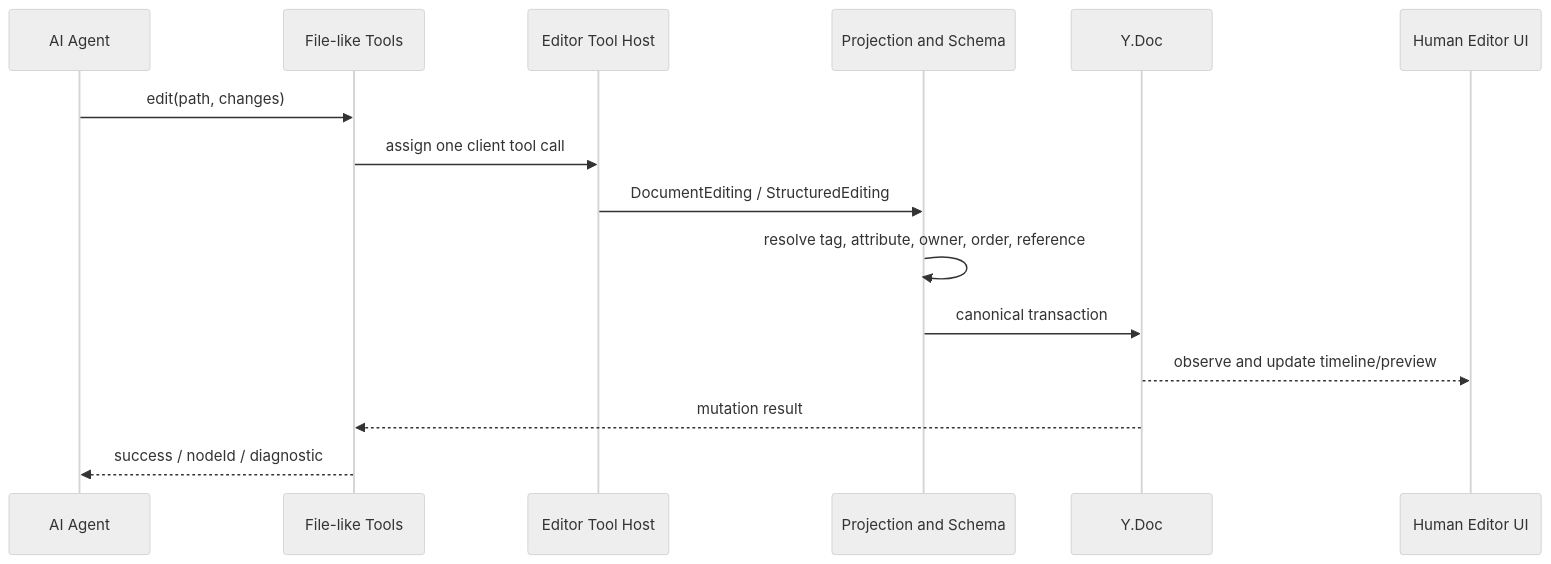
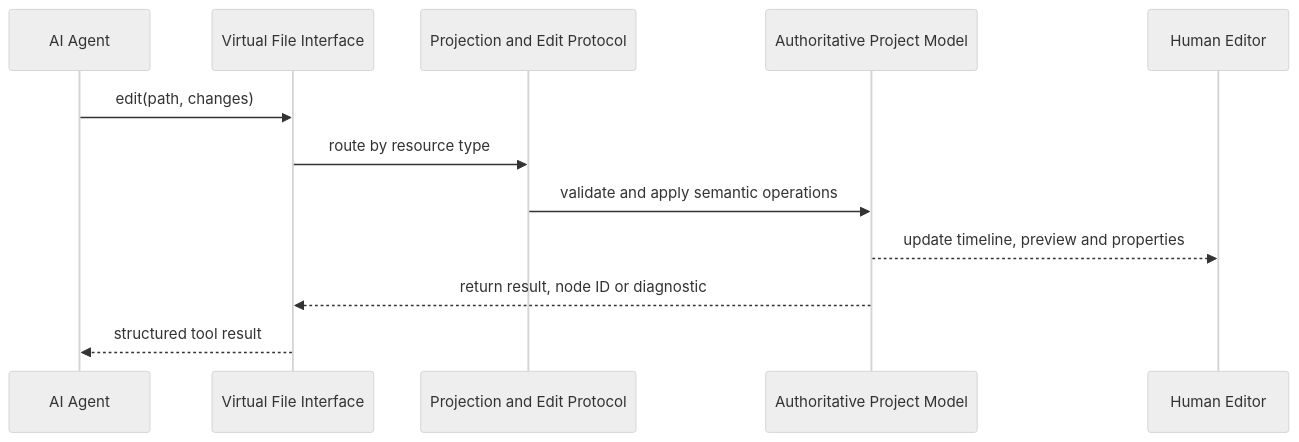
The second of 3 diagrams in papers/zh/article-edit-video-as-code.md (starrank-soft/stardocs), drawn with Mermaid (neutral theme) before and after one commit. The commit also changed other lines of this file and 1 other file, not shown here.

Commit message:
docs: clarify Edit Video as Code boundaries

````diff
--- a/papers/zh/article-edit-video-as-code.md
+++ b/papers/zh/article-edit-video-as-code.md
@@ -628,18 +585,15 @@
 ```mermaid
 sequenceDiagram
     participant A as AI Agent
-    participant T as File-like Tools
-    participant H as Editor Tool Host
-    participant P as Projection and Schema
-    participant Y as Y.Doc
-    participant U as Human Editor UI
+    participant F as Virtual File Interface
+    participant P as Projection and Edit Protocol
+    participant M as Authoritative Project Model
+    participant U as Human Editor
 
-    A->>T: edit(path, changes)
-    T->>H: assign one client tool call
-    H->>P: DocumentEditing / StructuredEditing
-    P->>P: resolve tag, attribute, owner, order, reference
-    P->>Y: canonical transaction
-    Y-->>U: observe and update timeline/preview
-    Y-->>T: mutation result
-    T-->>A: success / nodeId / diagnostic
+    A->>F: edit(path, changes)
+    F->>P: route by resource type
+    P->>M: validate and apply semantic operations
+    M-->>U: update timeline, preview and properties
+    M-->>F: return result, node ID or diagnostic
+    F-->>A: structured tool result
 ```
````
